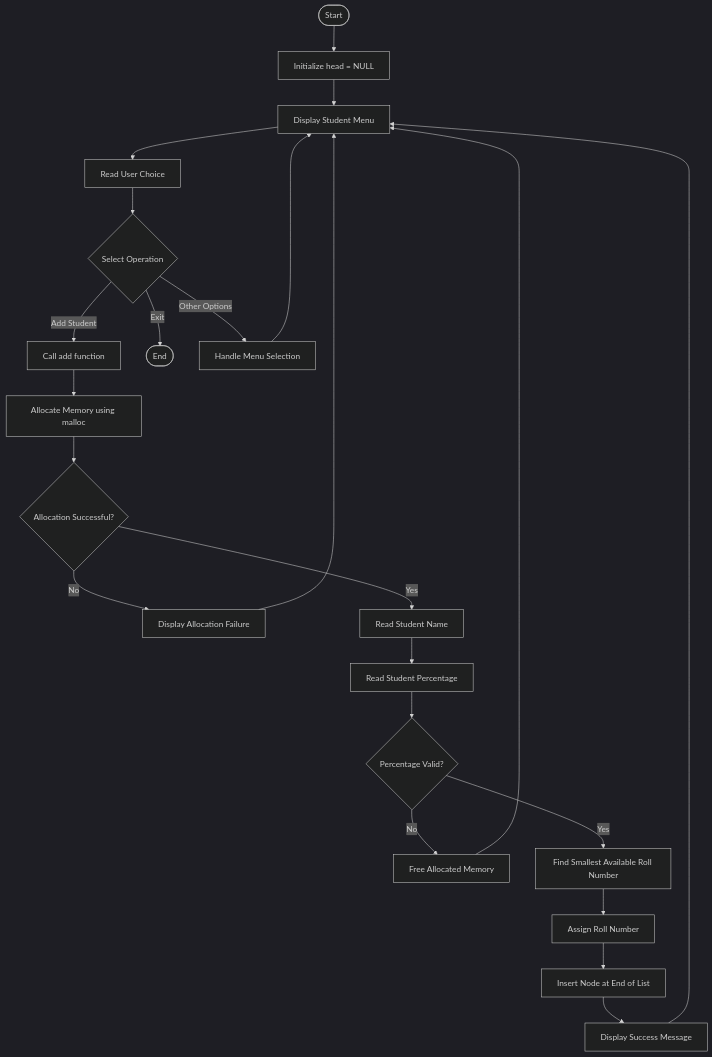
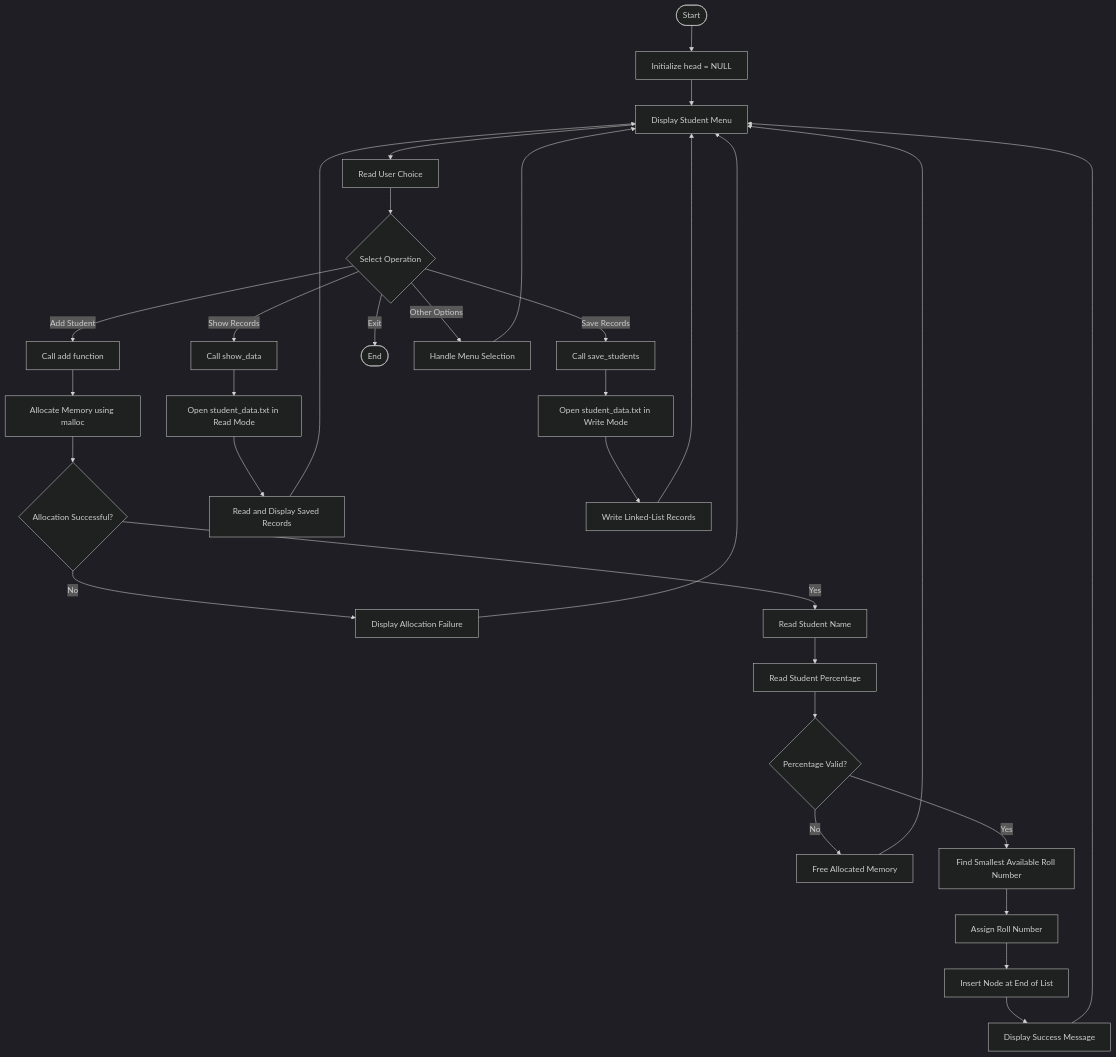
One commit to KrishShalgar/Student-Record-Management-System changed the diagram in README.md. Above: the diagram before and after it, drawn with Mermaid (dark theme). The commit also changed other lines of this file, not shown here.

````diff
--- a/README.md
+++ b/README.md
@@ -37,32 +47,42 @@
 ```mermaid
 flowchart TD
     A([Start]) --> B[Initialize head = NULL]
     B --> C[Display Student Menu]
     C --> D[Read User Choice]
     D --> E{Select Operation}
 
     E -->|Add Student| F[Call add function]
     F --> G[Allocate Memory using malloc]
     G --> H{Allocation Successful?}
 
     H -->|No| I[Display Allocation Failure]
     H -->|Yes| J[Read Student Name]
 
     J --> K[Read Student Percentage]
     K --> L{Percentage Valid?}
 
     L -->|No| M[Free Allocated Memory]
     L -->|Yes| N[Find Smallest Available Roll Number]
 
     N --> O[Assign Roll Number]
     O --> P[Insert Node at End of List]
     P --> Q[Display Success Message]
 
+    E -->|Show Records| T[Call show_data]
+    T --> U[Open student_data.txt in Read Mode]
+    U --> V[Read and Display Saved Records]
+    V --> C
+
+    E -->|Save Records| W[Call save_students]
+    W --> X[Open student_data.txt in Write Mode]
+    X --> Y[Write Linked-List Records]
+    Y --> C
+
     I --> C
     M --> C
     Q --> C
 
     E -->|Exit| R([End])
     E -->|Other Options| S[Handle Menu Selection]
     S --> C
 ```
````
